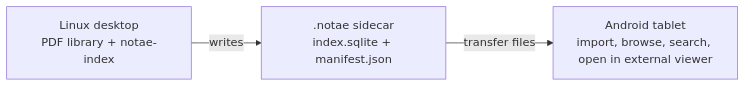
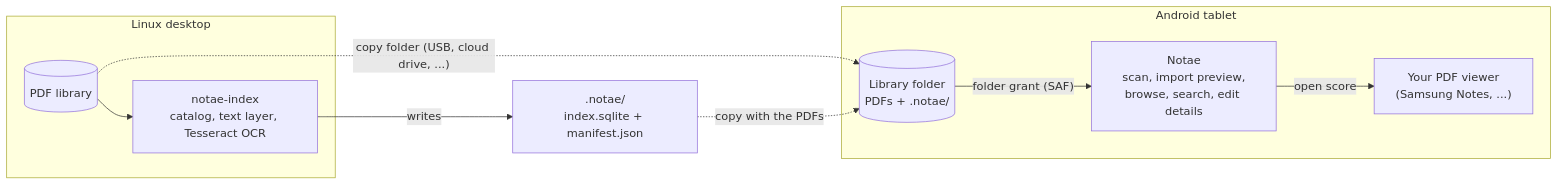
Before and after one commit to eRgo35/notae: the diagram in README.md, drawn with Mermaid. The commit also changed other lines of this file and 9 other files, not shown here.

````diff
--- a/README.md
+++ b/README.md
@@ -28,5 +119,20 @@
 ```mermaid
 flowchart LR
-    D["Linux desktop<br/>PDF library + notae-index"] -->|writes| S[".notae sidecar<br/>index.sqlite + manifest.json"]
-    S -->|transfer files| T["Android tablet<br/>import, browse, search, open in external viewer"]
+    subgraph desktop["Linux desktop"]
+        pdfs[("PDF library")]
+        idx["notae-index<br/>catalog, text layer, Tesseract OCR"]
+        pdfs --> idx
+    end
+
+    idx -->|writes| sidecar[".notae/<br/>index.sqlite + manifest.json"]
+    pdfs -. "copy folder (USB, cloud drive, ...)" .-> tablet_files
+    sidecar -. "copy with the PDFs" .-> tablet_files
+
+    subgraph tablet["Android tablet"]
+        tablet_files[("Library folder<br/>PDFs + .notae/")]
+        app["Notae<br/>scan, import preview,<br/>browse, search, edit details"]
+        viewer["Your PDF viewer<br/>(Samsung Notes, ...)"]
+        tablet_files -->|"folder grant (SAF)"| app
+        app -->|"open score"| viewer
+    end
 ```
````
